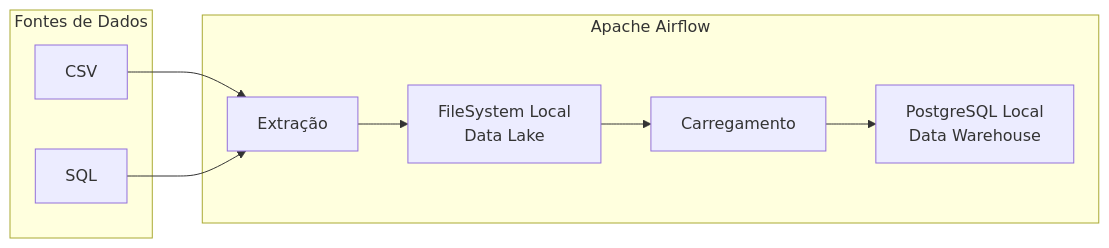
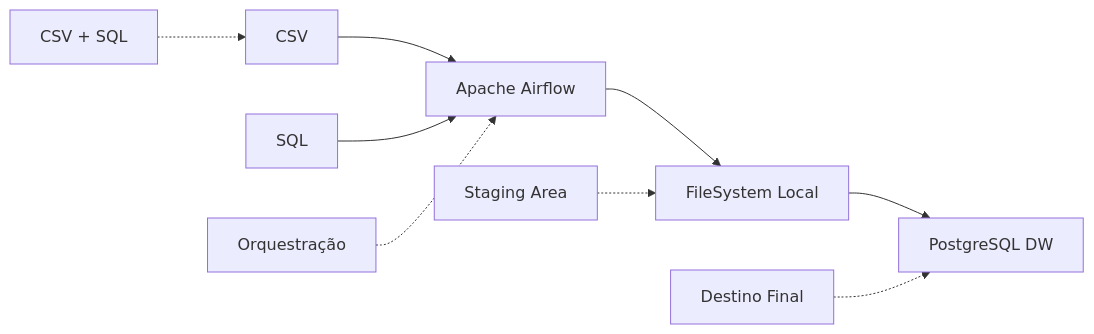
Before and after one commit to juliana-vieira/case-indicium: the first of 2 diagrams in README.md, drawn with Mermaid. The commit also changed other lines of this file, not shown here.

````diff
--- a/README.md
+++ b/README.md
@@ -21,21 +17,18 @@
 ```mermaid
-flowchart LR
-    subgraph "Fontes de Dados"
-        A1[CSV]
-        A2[SQL]
-    end
-
-    subgraph "Apache Airflow"
-        B1[Extração]
-        B2[FileSystem Local<br/>Data Lake]
-        B3[Carregamento]
-        B4[PostgreSQL Local<br/>Data Warehouse]
-        
-        B1 --> B2
-        B2 --> B3
-        B3 --> B4
-    end
-
-    A1 --> B1
-    A2 --> B1
+graph LR
+    A[CSV] --> C[Apache Airflow]
+    B[SQL] --> C
+    C --> D[FileSystem Local]
+    D --> E[PostgreSQL DW]
+    
+    F[CSV + SQL] -.-> A
+    G[Orquestração] -.-> C
+    H[Staging Area] -.-> D
+    I[Destino Final] -.-> E
+    
+    class A,B source
+    class C orchestration
+    class D storage
+    class E warehouse
+    class F,G,H,I legend
 ```
````
